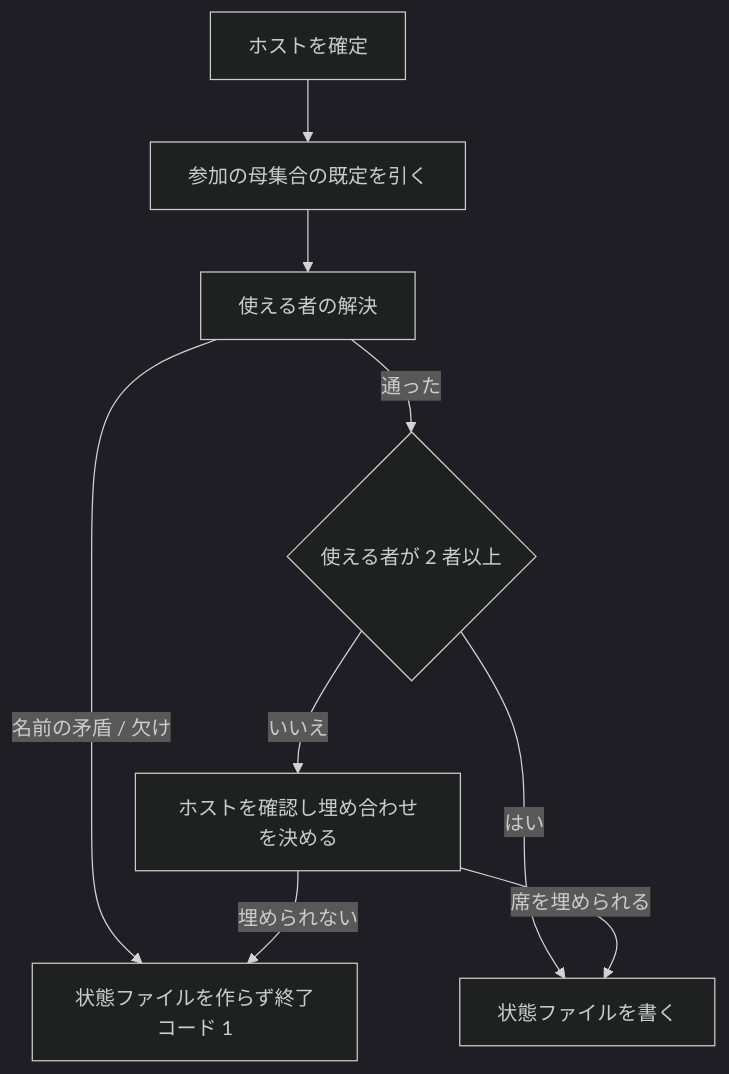
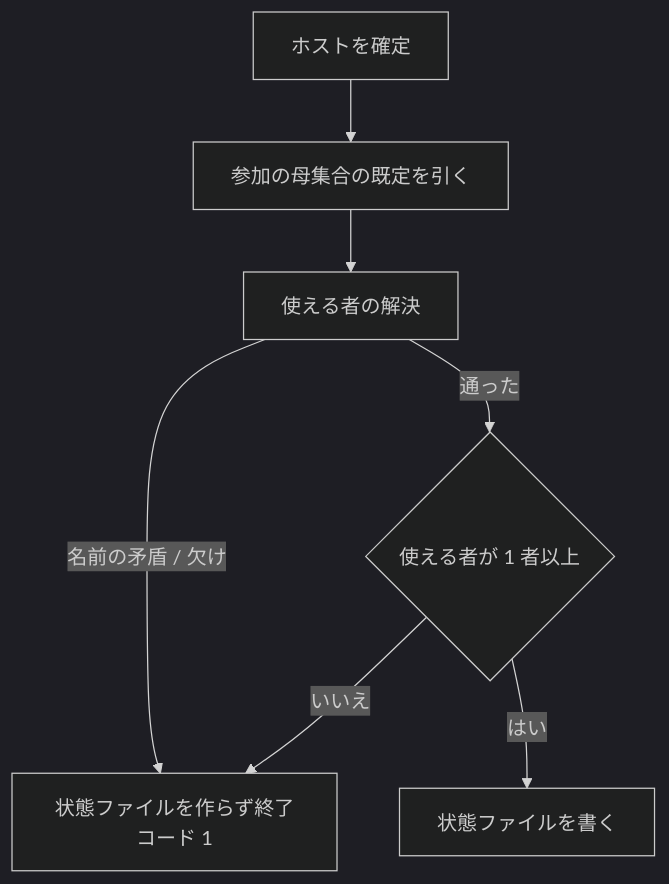
The second of 3 diagrams in docs/specifications/cross-review-participants-and-seats.md (devbasex/ai-plugins), drawn with Mermaid (dark theme) before and after one commit. The commit also changed other lines of this file and 2 other files, not shown here.

````diff
--- a/docs/specifications/cross-review-participants-and-seats.md
+++ b/docs/specifications/cross-review-participants-and-seats.md
@@ -179,11 +180,9 @@
 ```mermaid
 graph TD
     H[ホストを確定] --> P[参加の母集合の既定を引く]
     P --> RP[使える者の解決]
     RP -->|名前の矛盾 / 欠け| F[状態ファイルを作らず終了コード 1]
-    RP -->|通った| N{使える者が 2 者以上}
+    RP -->|通った| N{使える者が 1 者以上}
     N -->|はい| W[状態ファイルを書く]
-    N -->|いいえ| HP[ホストを確認し埋め合わせを決める]
-    HP -->|席を埋められる| W
-    HP -->|埋められない| F
+    N -->|いいえ| F
 ```
````
